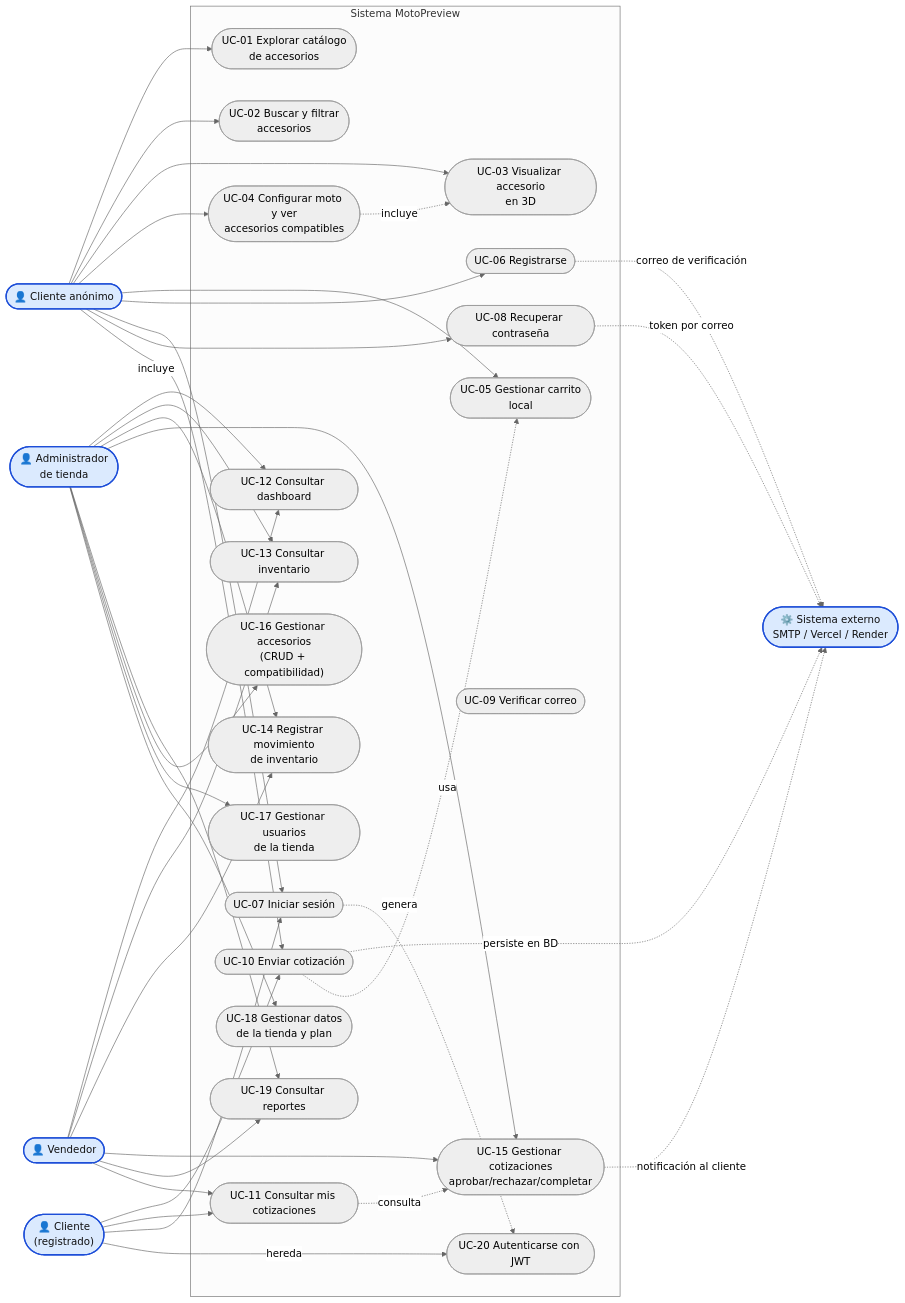
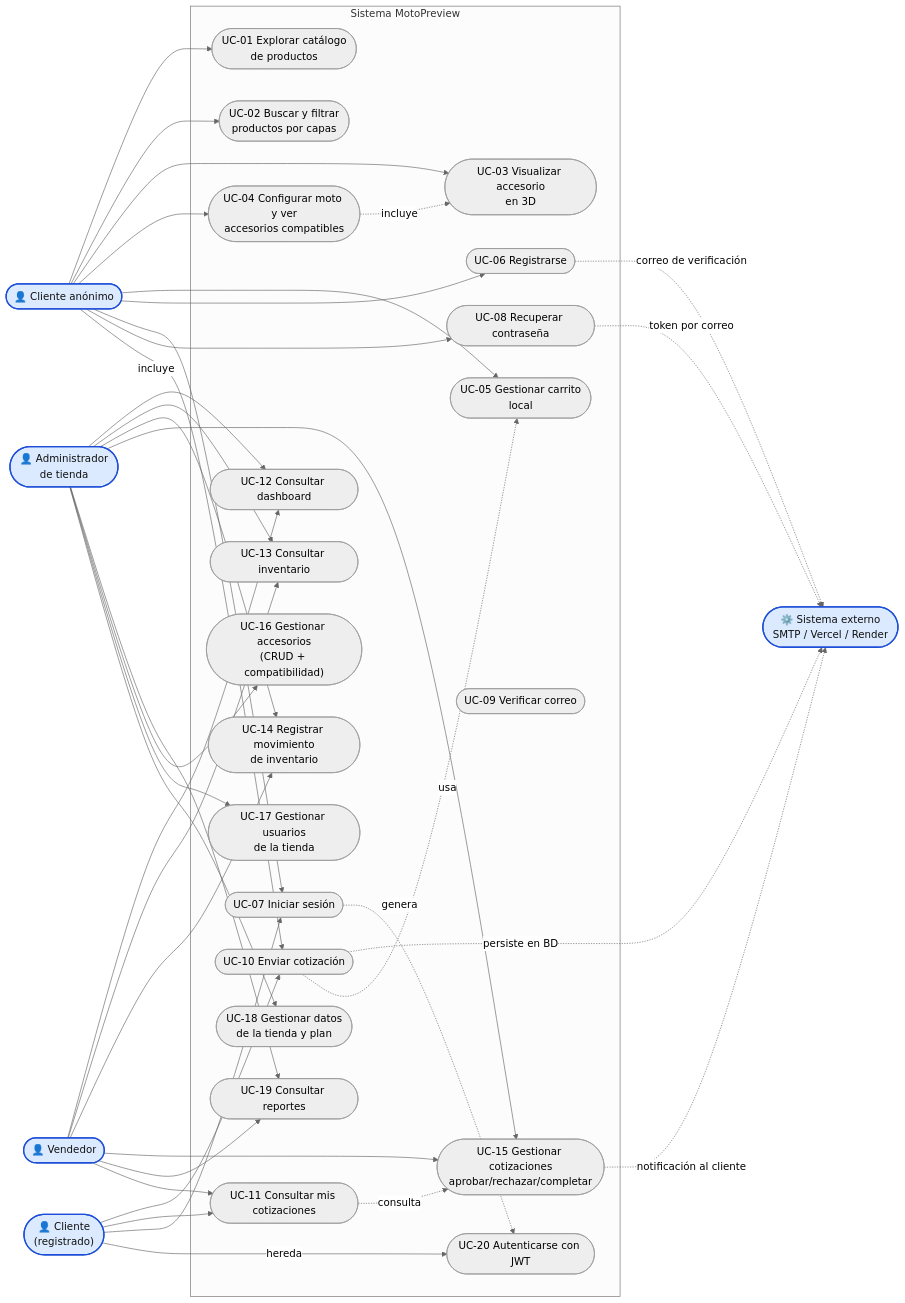
Before and after one commit to Alexhumme/motoPreview: the diagram in documentacion/05-casos-de-uso.md, drawn with Mermaid (neutral theme). The commit also changed other lines of this file and 27 other files, not shown here.

First line of the commit message:
feat: filtrar el catálogo por productos y sumar la capa de tipo

````diff
--- a/documentacion/05-casos-de-uso.md
+++ b/documentacion/05-casos-de-uso.md
@@ -20,56 +20,56 @@
 ```mermaid
 flowchart LR
     classDef actor fill:#dbeafe,stroke:#1d4ed8,stroke-width:2px,color:#111
     classDef uc fill:#ecfdf5,stroke:#059669,stroke-width:1.5px,color:#111
 
     subgraph Sistema["Sistema MotoPreview"]
-        UC1(["UC-01 Explorar catálogo<br/>de accesorios"])
-        UC2(["UC-02 Buscar y filtrar<br/>accesorios"])
+        UC1(["UC-01 Explorar catálogo<br/>de productos"])
+        UC2(["UC-02 Buscar y filtrar<br/>productos por capas"])
         UC3(["UC-03 Visualizar accesorio<br/>en 3D"])
         UC4(["UC-04 Configurar moto y ver<br/>accesorios compatibles"])
         UC5(["UC-05 Gestionar carrito<br/>local"])
         UC6(["UC-06 Registrarse"])
         UC7(["UC-07 Iniciar sesión"])
         UC8(["UC-08 Recuperar contraseña"])
         UC9(["UC-09 Verificar correo"])
         UC10(["UC-10 Enviar cotización"])
         UC11(["UC-11 Consultar mis cotizaciones"])
         UC12(["UC-12 Consultar dashboard"])
         UC13(["UC-13 Consultar inventario"])
         UC14(["UC-14 Registrar movimiento<br/>de inventario"])
         UC15(["UC-15 Gestionar cotizaciones<br/>aprobar/rechazar/completar"])
         UC16(["UC-16 Gestionar accesorios<br/>(CRUD + compatibilidad)"])
         UC17(["UC-17 Gestionar usuarios<br/>de la tienda"])
         UC18(["UC-18 Gestionar datos<br/>de la tienda y plan"])
         UC19(["UC-19 Consultar reportes"])
         UC20(["UC-20 Autenticarse con JWT"])
     end
 
     Cliente(["👤 Cliente anónimo"]):::actor
     ClienteReg(["👤 Cliente<br/>(registrado)"]):::actor
     Admin(["👤 Administrador<br/>de tienda"]):::actor
     Vendedor(["👤 Vendedor"]):::actor
     SistemaExt(["⚙️ Sistema externo<br/>SMTP / Vercel / Render"]):::actor
 
     Cliente --> UC1 & UC2 & UC3 & UC4 & UC5
     Cliente --> UC6 & UC7 & UC8
     ClienteReg --> UC10 & UC11 & UC7
     Cliente -->|"incluye"| UC10
     ClienteReg -->|"hereda"| UC20
 
     Vendedor --> UC12 & UC13 & UC14 & UC15 & UC19
     Vendedor --> UC11
 
     Admin --> UC12 & UC13 & UC14 & UC15 & UC19
     Admin --> UC16 & UC17 & UC18
 
     UC6 -.->|"correo de verificación"| SistemaExt
     UC8 -.->|"token por correo"| SistemaExt
     UC15 -.->|"notificación al cliente"| SistemaExt
     UC10 -.->|"persiste en BD"| SistemaExt
 
     UC4 -.->|"incluye"| UC3
     UC10 -.->|"usa"| UC5
     UC7 -.->|"genera"| UC20
     UC11 -.->|"consulta"| UC15
 ```
````
